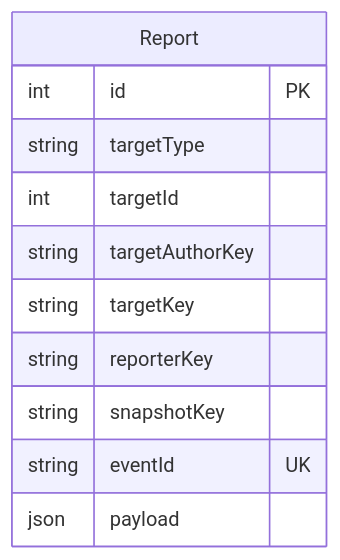
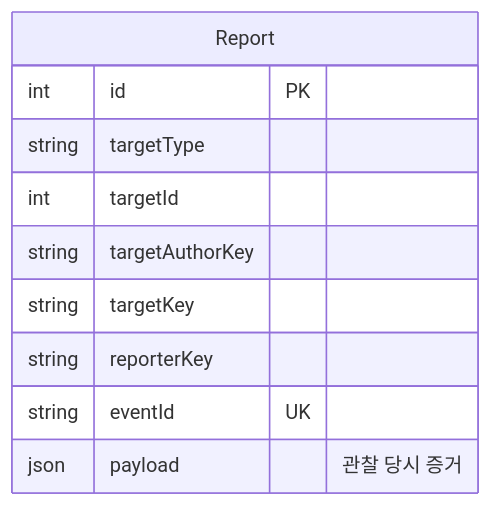
One commit to luke0408/blog-erd changed the ninth of 12 diagrams in docs/report-management.md. Above: the diagram before and after it, drawn with Mermaid. The commit also changed other lines of this file and 5 other files, not shown here.

Commit message:
docs(erd): reorder student questions by design requirements

````diff
--- a/docs/report-management.md
+++ b/docs/report-management.md
@@ -274,14 +263,13 @@
 ```mermaid
 erDiagram
     Report {
         int id PK
         string targetType
         int targetId
         string targetAuthorKey
         string targetKey
         string reporterKey
-        string snapshotKey
         string eventId UK
-        json payload
+        json payload "관찰 당시 증거"
     }
 ```
````
